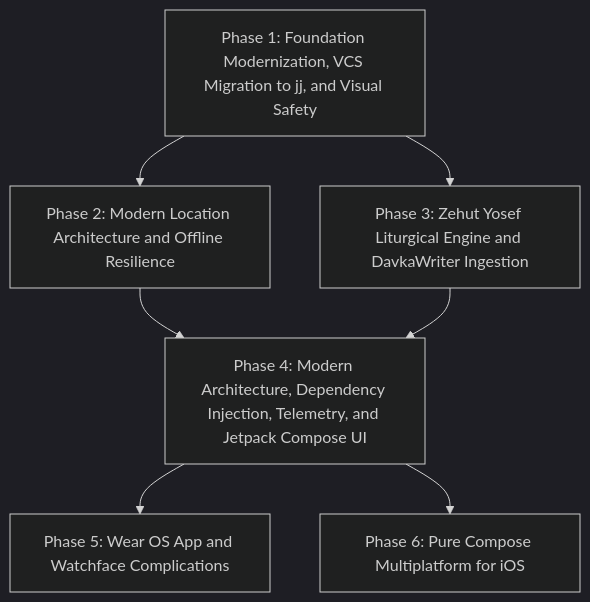
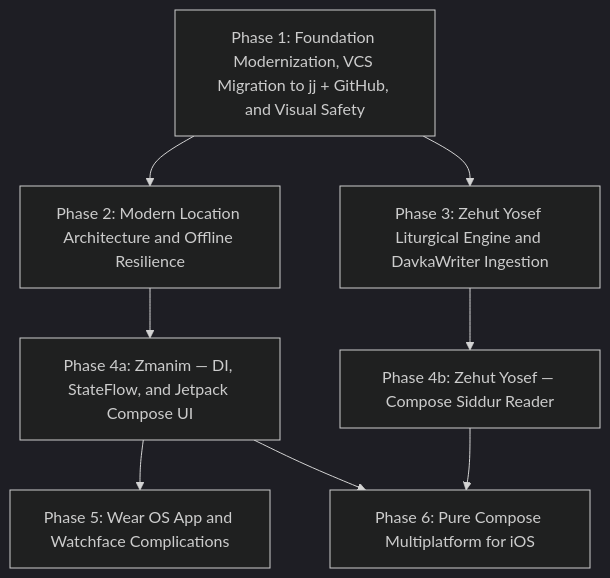
Before and after one commit to jgindin/zmanim: the first of 8 diagrams in docs/superpowers/specs/master-roadmap.md, drawn with Mermaid (dark theme). The commit also changed other lines of this file and 2 other files, not shown here.

````diff
--- a/docs/superpowers/specs/master-roadmap.md
+++ b/docs/superpowers/specs/master-roadmap.md
@@ -28,16 +51,18 @@
 ```mermaid
 flowchart TD
-    P1["Phase 1: Foundation Modernization, VCS Migration to jj, and Visual Safety"]
+    P1["Phase 1: Foundation Modernization, VCS Migration to jj + GitHub, and Visual Safety"]
     P2["Phase 2: Modern Location Architecture and Offline Resilience"]
     P3["Phase 3: Zehut Yosef Liturgical Engine and DavkaWriter Ingestion"]
-    P4["Phase 4: Modern Architecture, Dependency Injection, Telemetry, and Jetpack Compose UI"]
+    P4A["Phase 4a: Zmanim — DI, StateFlow, and Jetpack Compose UI"]
+    P4B["Phase 4b: Zehut Yosef — Compose Siddur Reader"]
     P5["Phase 5: Wear OS App and Watchface Complications"]
     P6["Phase 6: Pure Compose Multiplatform for iOS"]
 
     P1 --> P2
     P1 --> P3
-    P2 --> P4
-    P3 --> P4
-    P4 --> P5
-    P4 --> P6
+    P2 --> P4A
+    P3 --> P4B
+    P4A --> P5
+    P4A --> P6
+    P4B --> P6
 ```
````
